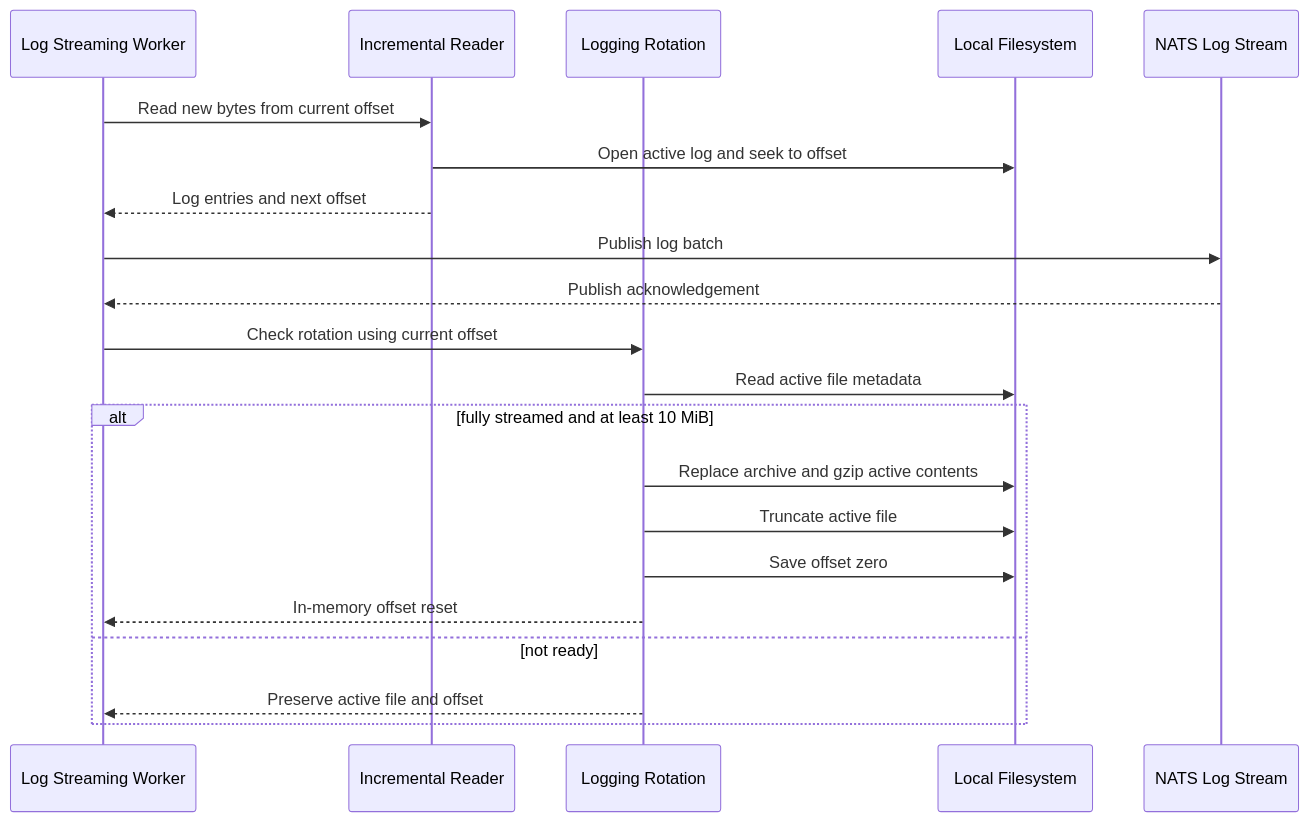
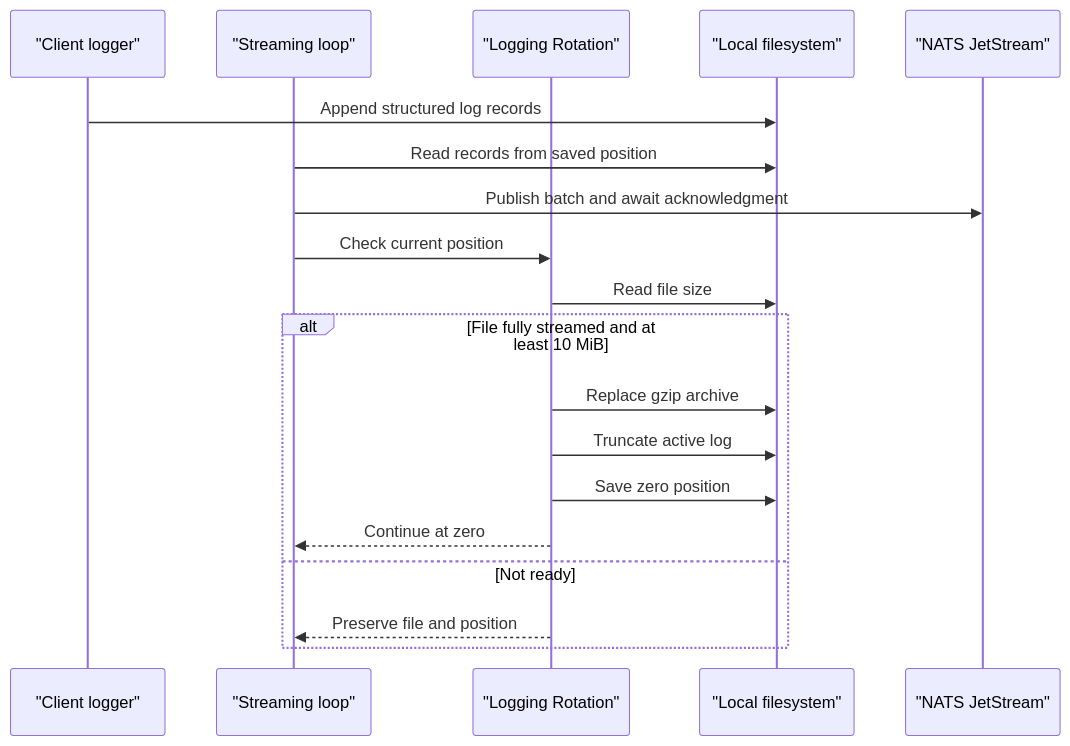
The fourth of 4 diagrams in docs/reference/architecture/openframe-client-core/logging-rotation/logging-rotation.md (flamingo-stack/openframe-oss-tenant), drawn with Mermaid before and after one commit. The commit also changed other lines of this file and 2377 other files, not shown here.

````diff
--- a/docs/reference/architecture/openframe-client-core/logging-rotation/logging-rotation.md
+++ b/docs/reference/architecture/openframe-client-core/logging-rotation/logging-rotation.md
@@ -96,23 +91,21 @@
 ```mermaid
 sequenceDiagram
-    participant Worker as Log Streaming Worker
-    participant Reader as Incremental Reader
-    participant Rotator as Logging Rotation
-    participant Disk as Local Filesystem
-    participant Nats as NATS Log Stream
-    Worker->>Reader: Read new bytes from current offset
-    Reader->>Disk: Open active log and seek to offset
-    Reader-->>Worker: Log entries and next offset
-    Worker->>Nats: Publish log batch
-    Nats-->>Worker: Publish acknowledgement
-    Worker->>Rotator: Check rotation using current offset
-    Rotator->>Disk: Read active file metadata
-    alt fully streamed and at least 10 MiB
-        Rotator->>Disk: Replace archive and gzip active contents
-        Rotator->>Disk: Truncate active file
-        Rotator->>Disk: Save offset zero
-        Rotator-->>Worker: In-memory offset reset
-    else not ready
-        Rotator-->>Worker: Preserve active file and offset
+    participant Writer as "Client logger"
+    participant Streamer as "Streaming loop"
+    participant Rotation as "Logging Rotation"
+    participant Disk as "Local filesystem"
+    participant Nats as "NATS JetStream"
+    Writer->>Disk: Append structured log records
+    Streamer->>Disk: Read records from saved position
+    Streamer->>Nats: Publish batch and await acknowledgment
+    Streamer->>Rotation: Check current position
+    Rotation->>Disk: Read file size
+    alt File fully streamed and at least 10 MiB
+        Rotation->>Disk: Replace gzip archive
+        Rotation->>Disk: Truncate active log
+        Rotation->>Disk: Save zero position
+        Rotation-->>Streamer: Continue at zero
+    else Not ready
+        Rotation-->>Streamer: Preserve file and position
     end
 ```
````
